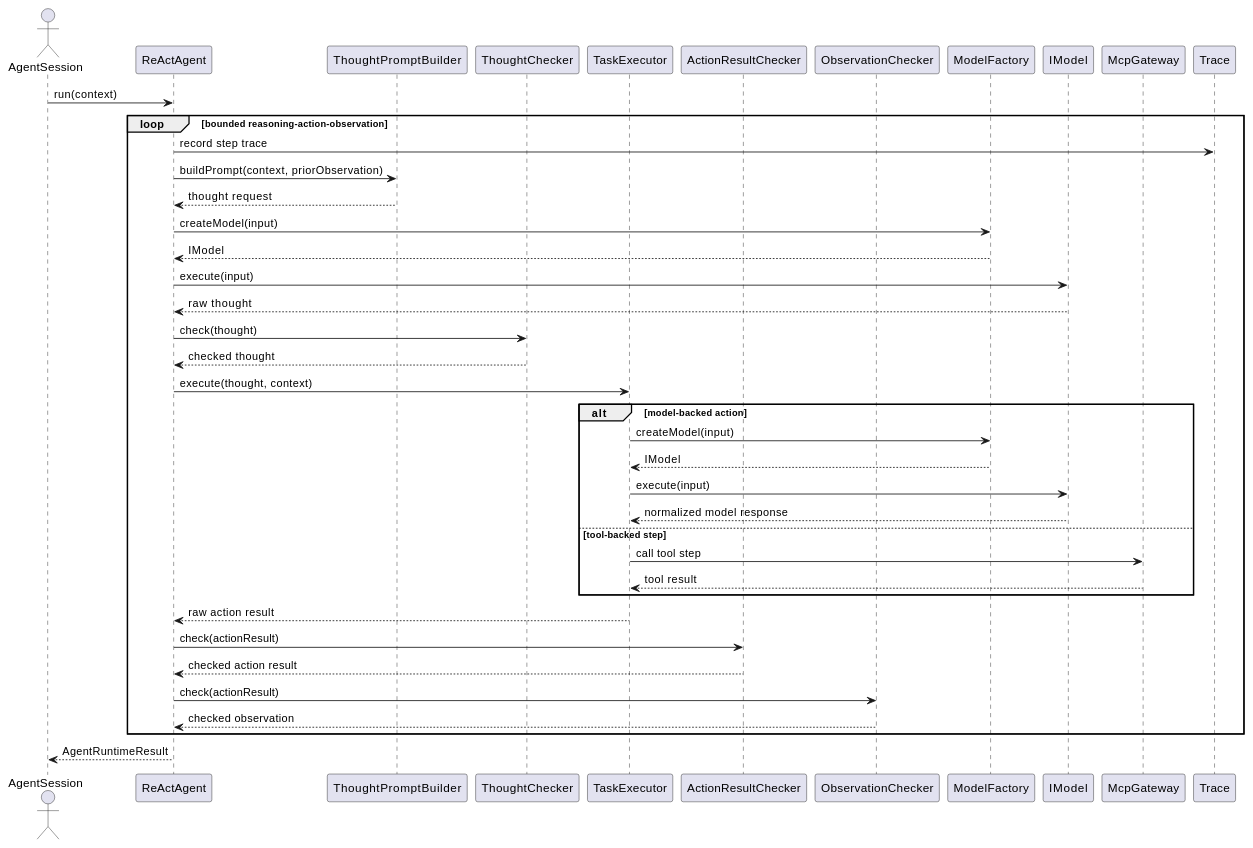
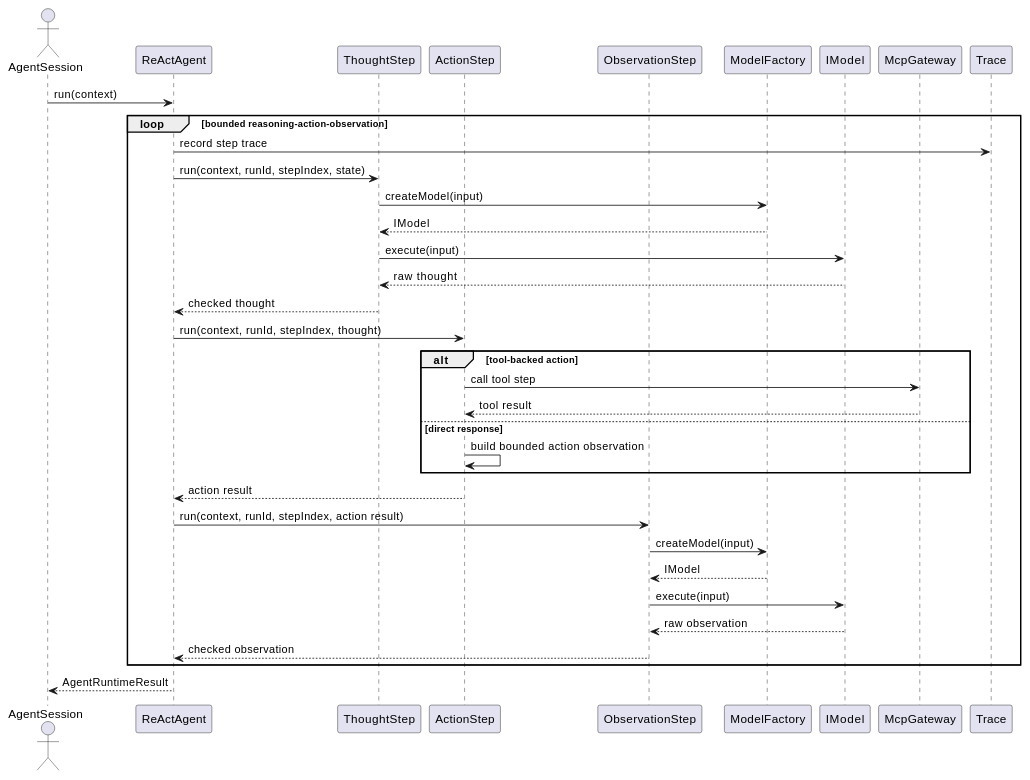
The fifth of 10 diagrams in infra_projects/projects/agent_runtime/docs/breakdown_docs/agent_orchestration_design.md (lucky-chen/ai_workflow_travel), drawn with PlantUML before and after one commit. The commit also changed other lines of this file and 20 other files, not shown here.

````diff
--- a/infra_projects/projects/agent_runtime/docs/breakdown_docs/agent_orchestration_design.md
+++ b/infra_projects/projects/agent_runtime/docs/breakdown_docs/agent_orchestration_design.md
@@ -354,44 +344,39 @@
 ```plantuml
 @startuml
 actor AgentSession
 participant ReActAgent
-participant ThoughtPromptBuilder
-participant ThoughtChecker
-participant TaskExecutor
-participant ActionResultChecker
-participant ObservationChecker
+participant ThoughtStep
+participant ActionStep
+participant ObservationStep
 participant ModelFactory
 participant IModel
 participant McpGateway
 participant Trace
 
 AgentSession -> ReActAgent: run(context)
 loop bounded reasoning-action-observation
   ReActAgent -> Trace: record step trace
-  ReActAgent -> ThoughtPromptBuilder: buildPrompt(context, priorObservation)
-  ThoughtPromptBuilder --> ReActAgent: thought request
-  ReActAgent -> ModelFactory: createModel(input)
-  ModelFactory --> ReActAgent: IModel
-  ReActAgent -> IModel: execute(input)
-  IModel --> ReActAgent: raw thought
-  ReActAgent -> ThoughtChecker: check(thought)
-  ThoughtChecker --> ReActAgent: checked thought
-  ReActAgent -> TaskExecutor: execute(thought, context)
-  alt model-backed action
-    TaskExecutor -> ModelFactory: createModel(input)
-    ModelFactory --> TaskExecutor: IModel
-    TaskExecutor -> IModel: execute(input)
-    IModel --> TaskExecutor: normalized model response
-  else tool-backed step
-    TaskExecutor -> McpGateway: call tool step
-    McpGateway --> TaskExecutor: tool result
+  ReActAgent -> ThoughtStep: run(context, runId, stepIndex, state)
+  ThoughtStep -> ModelFactory: createModel(input)
+  ModelFactory --> ThoughtStep: IModel
+  ThoughtStep -> IModel: execute(input)
+  IModel --> ThoughtStep: raw thought
+  ThoughtStep --> ReActAgent: checked thought
+  ReActAgent -> ActionStep: run(context, runId, stepIndex, thought)
+  alt tool-backed action
+    ActionStep -> McpGateway: call tool step
+    McpGateway --> ActionStep: tool result
+  else direct response
+    ActionStep -> ActionStep: build bounded action observation
   end
-  TaskExecutor --> ReActAgent: raw action result
-  ReActAgent -> ActionResultChecker: check(actionResult)
-  ActionResultChecker --> ReActAgent: checked action result
-  ReActAgent -> ObservationChecker: check(actionResult)
-  ObservationChecker --> ReActAgent: checked observation
+  ActionStep --> ReActAgent: action result
+  ReActAgent -> ObservationStep: run(context, runId, stepIndex, action result)
+  ObservationStep -> ModelFactory: createModel(input)
+  ModelFactory --> ObservationStep: IModel
+  ObservationStep -> IModel: execute(input)
+  IModel --> ObservationStep: raw observation
+  ObservationStep --> ReActAgent: checked observation
 end
 ReActAgent --> AgentSession: AgentRuntimeResult
 @enduml
 ```
````
